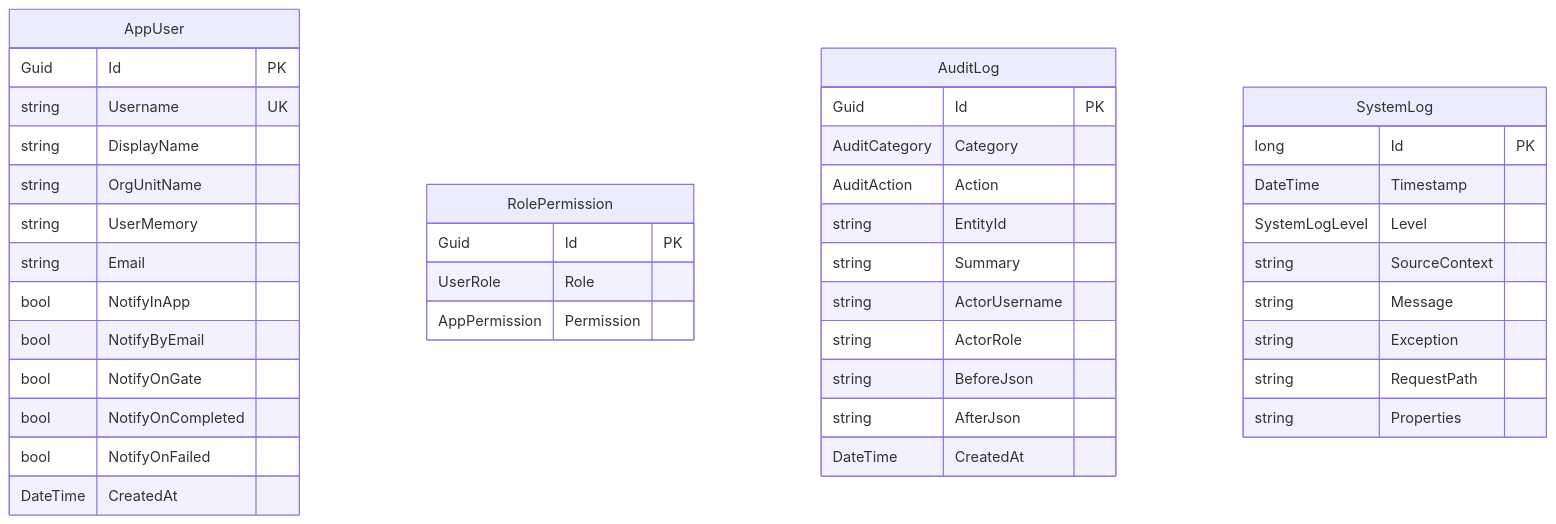
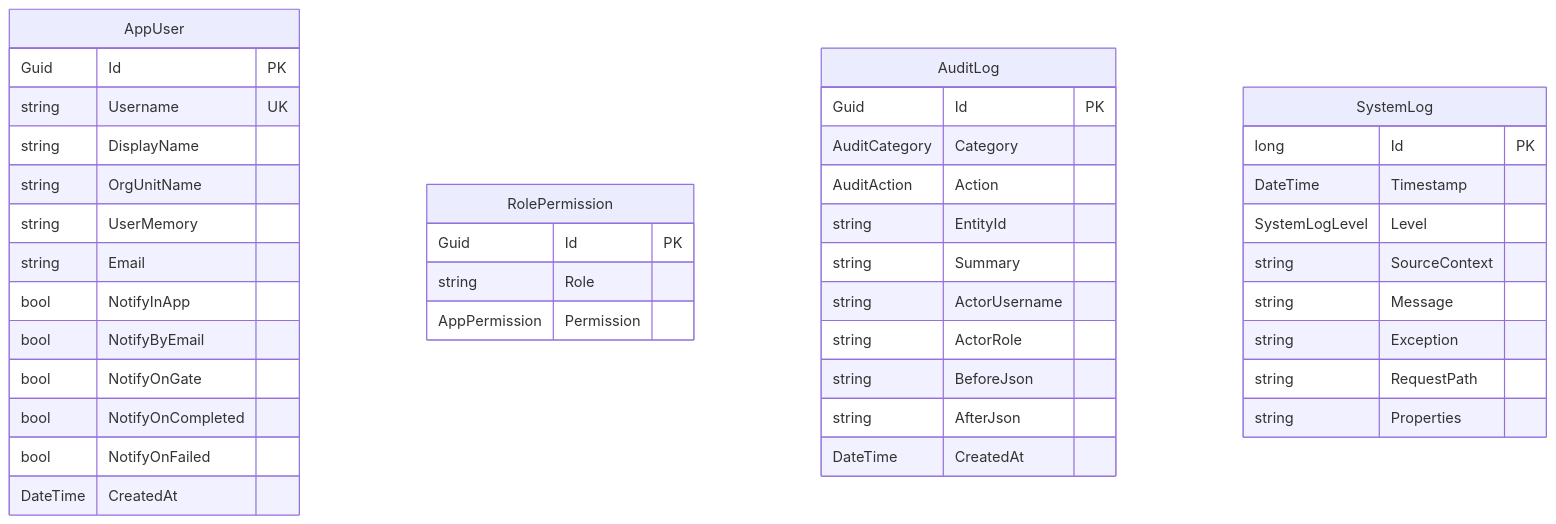
One commit to Songlong0506/ICOGenerator-v4 changed the sixth of 9 diagrams in docs/data-model.md. Above: the diagram before and after it, drawn with Mermaid. The commit also changed other lines of this file and 30 other files, not shown here.

````diff
--- a/docs/data-model.md
+++ b/docs/data-model.md
@@ -370,48 +370,48 @@
 ```mermaid
 erDiagram
     AppUser {
         Guid Id PK
         string Username UK
         string DisplayName
         string OrgUnitName
         string UserMemory
         string Email
         bool NotifyInApp
         bool NotifyByEmail
         bool NotifyOnGate
         bool NotifyOnCompleted
         bool NotifyOnFailed
         DateTime CreatedAt
     }
 
 
     RolePermission {
         Guid Id PK
-        UserRole Role
+        string Role
         AppPermission Permission
     }
 
     AuditLog {
         Guid Id PK
         AuditCategory Category
         AuditAction Action
         string EntityId
         string Summary
         string ActorUsername
         string ActorRole
         string BeforeJson
         string AfterJson
         DateTime CreatedAt
     }
 
     SystemLog {
         long Id PK
         DateTime Timestamp
         SystemLogLevel Level
         string SourceContext
         string Message
         string Exception
         string RequestPath
         string Properties
     }
 ```
````
